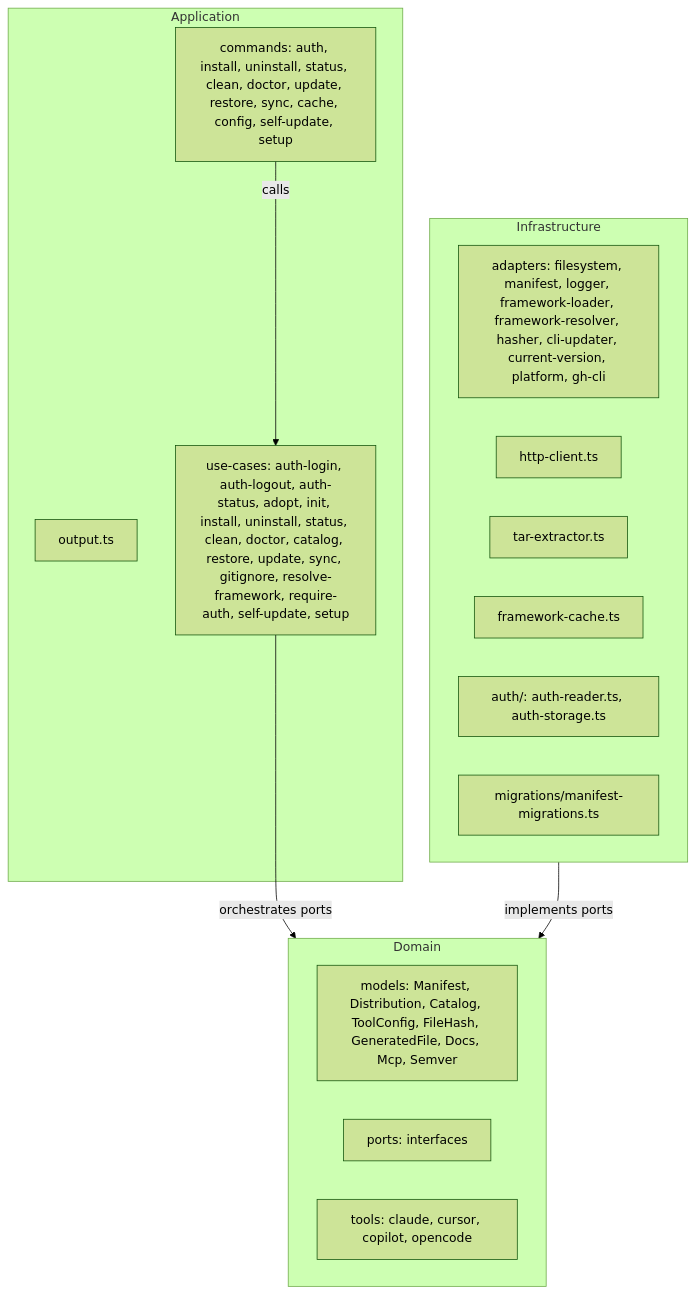
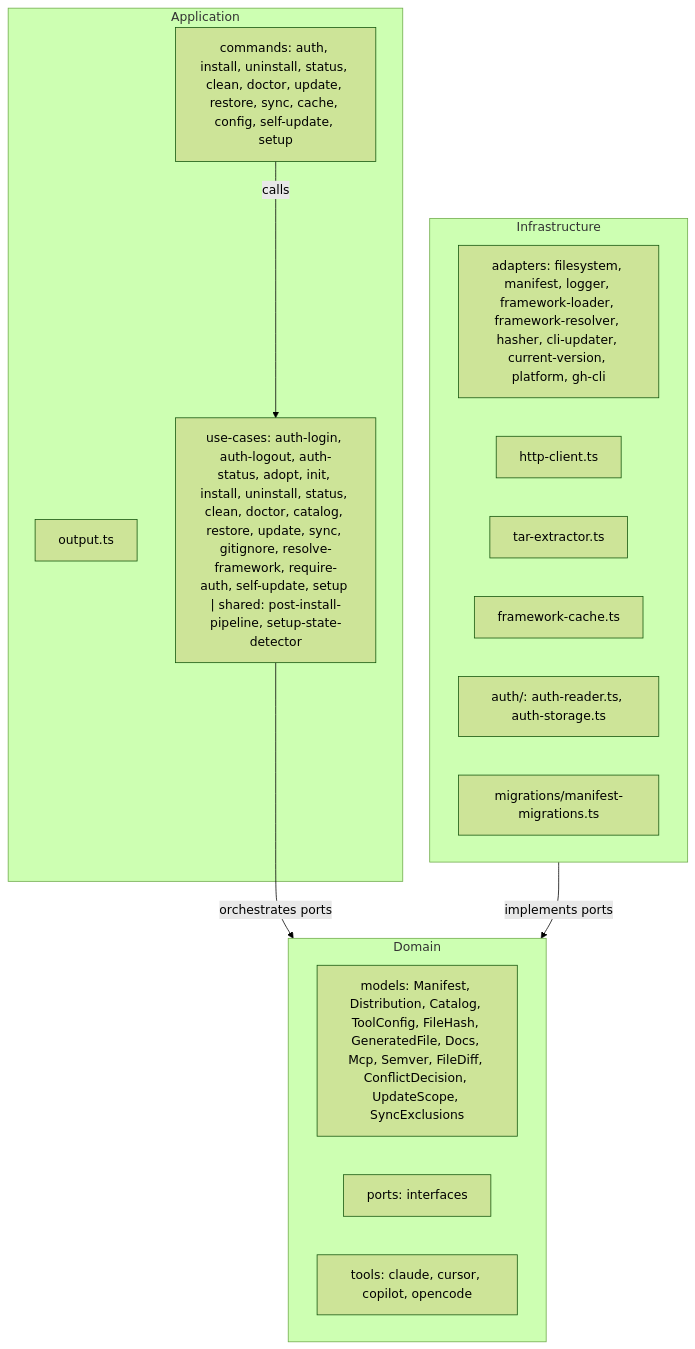
The second of 3 diagrams in aidd_docs/memory/architecture.md (ai-driven-dev/framework), drawn with Mermaid (forest theme) before and after one commit. The commit also changed other lines of this file and 95 other files, not shown here.

First line of the commit message:
refactor: application layer — methods ≤ 20 lines, shared use-cases, domain types (#104)

````diff
--- a/aidd_docs/memory/architecture.md
+++ b/aidd_docs/memory/architecture.md
@@ -40,24 +40,24 @@
 ```mermaid
 flowchart TD
     subgraph APP["Application"]
         CMD_FILES["commands: auth, install, uninstall, status, clean, doctor, update, restore, sync, cache, config, self-update, setup"]
         OUTPUT["output.ts"]
-        USECASES["use-cases: auth-login, auth-logout, auth-status, adopt, init, install, uninstall, status, clean, doctor, catalog, restore, update, sync, gitignore, resolve-framework, require-auth, self-update, setup"]
+        USECASES["use-cases: auth-login, auth-logout, auth-status, adopt, init, install, uninstall, status, clean, doctor, catalog, restore, update, sync, gitignore, resolve-framework, require-auth, self-update, setup | shared: post-install-pipeline, setup-state-detector"]
     end
     subgraph DOM["Domain"]
-        MODELS["models: Manifest, Distribution, Catalog, ToolConfig, FileHash, GeneratedFile, Docs, Mcp, Semver"]
+        MODELS["models: Manifest, Distribution, Catalog, ToolConfig, FileHash, GeneratedFile, Docs, Mcp, Semver, FileDiff, ConflictDecision, UpdateScope, SyncExclusions"]
         PORTS["ports: interfaces"]
         TOOLS["tools: claude, cursor, copilot, opencode"]
     end
     subgraph INFRA["Infrastructure"]
         ADAPTERS["adapters: filesystem, manifest, logger, framework-loader, framework-resolver, hasher, cli-updater, current-version, platform, gh-cli"]
         HTTP["http-client.ts"]
         TAR["tar-extractor.ts"]
         CACHE["framework-cache.ts"]
         AUTH["auth/: auth-reader.ts, auth-storage.ts"]
         MIG["migrations/manifest-migrations.ts"]
     end
     CMD_FILES -->|calls| USECASES
     USECASES -->|orchestrates ports| DOM
     INFRA -->|implements ports| DOM
 ```
````
